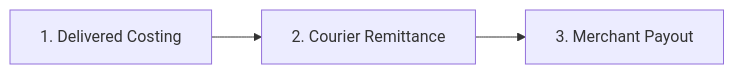
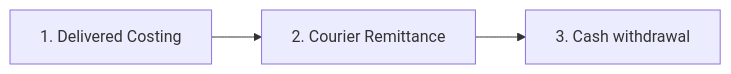
One commit to david-git-2/brandwala-wholesale-quasar-v2 changed the fourth of 4 diagrams in doc/shop_order/UI_FLOW.md. Above: the diagram before and after it, drawn with Mermaid. The commit also changed other lines of this file and 12 other files, not shown here.

````diff
--- a/doc/shop_order/UI_FLOW.md
+++ b/doc/shop_order/UI_FLOW.md
@@ -288,5 +288,5 @@
 ```mermaid
 flowchart LR
     S1["1. Delivered Costing"] --> S2["2. Courier Remittance"]
-    S2 --> S3["3. Merchant Payout"]
+    S2 --> S3["3. Cash withdrawal"]
 ```
````
